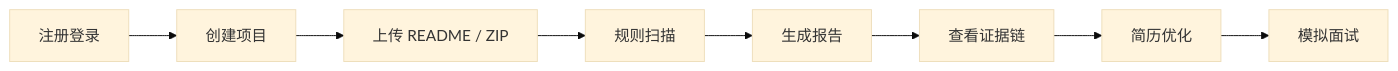
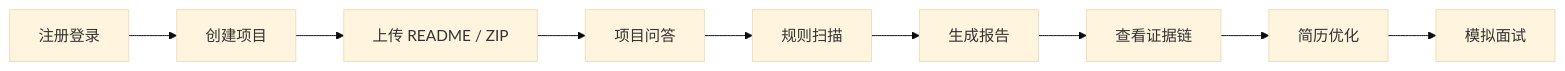
The diagram in README.md (Xinzhe-666/projectmentor-ai), drawn with Mermaid (base theme) before and after one commit. The commit also changed other lines of this file and 16 other files, not shown here.

````diff
--- a/README.md
+++ b/README.md
@@ -40,10 +41,11 @@
 ```mermaid
 flowchart LR
     A[注册登录] --> B[创建项目]
     B --> C[上传 README / ZIP]
-    C --> D[规则扫描]
-    D --> E[生成报告]
-    E --> F[查看证据链]
-    F --> G[简历优化]
-    G --> H[模拟面试]
+    C --> D[项目问答]
+    D --> E[规则扫描]
+    E --> F[生成报告]
+    F --> G[查看证据链]
+    G --> H[简历优化]
+    H --> I[模拟面试]
 ```
````
